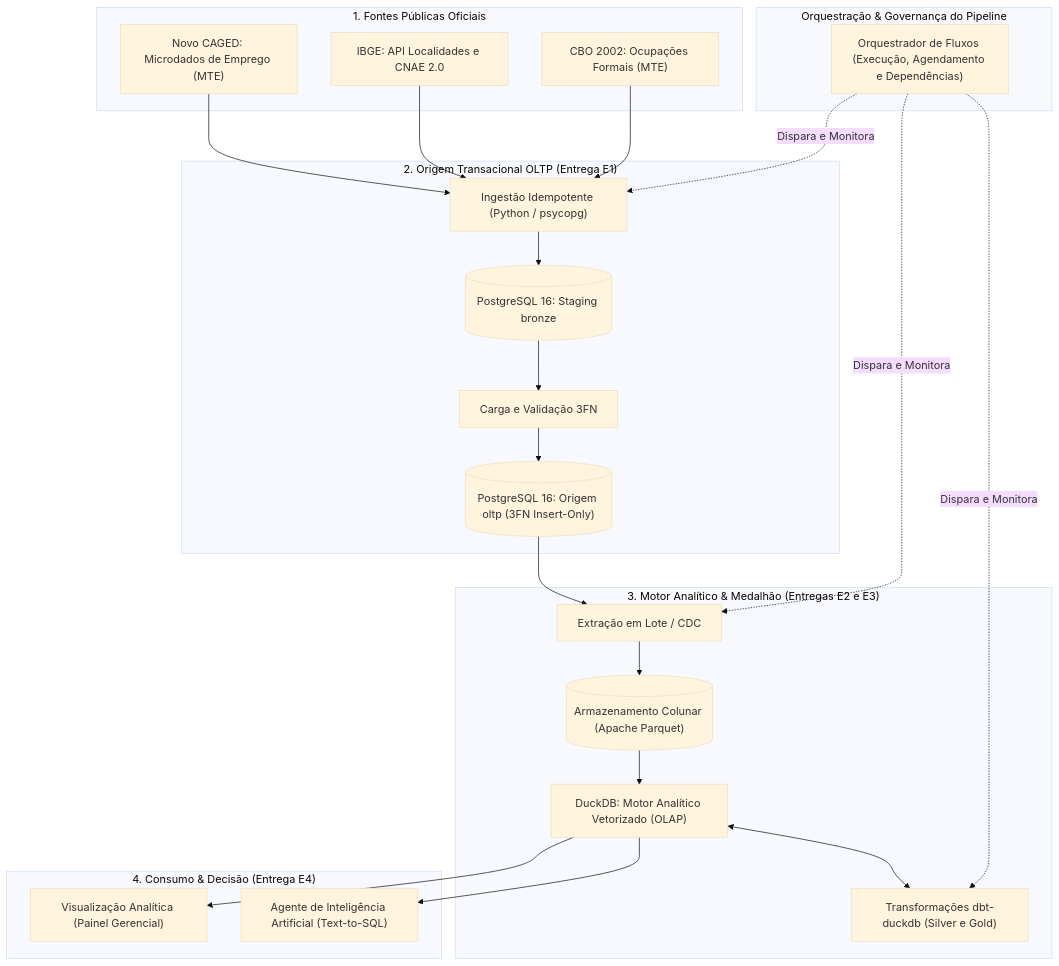
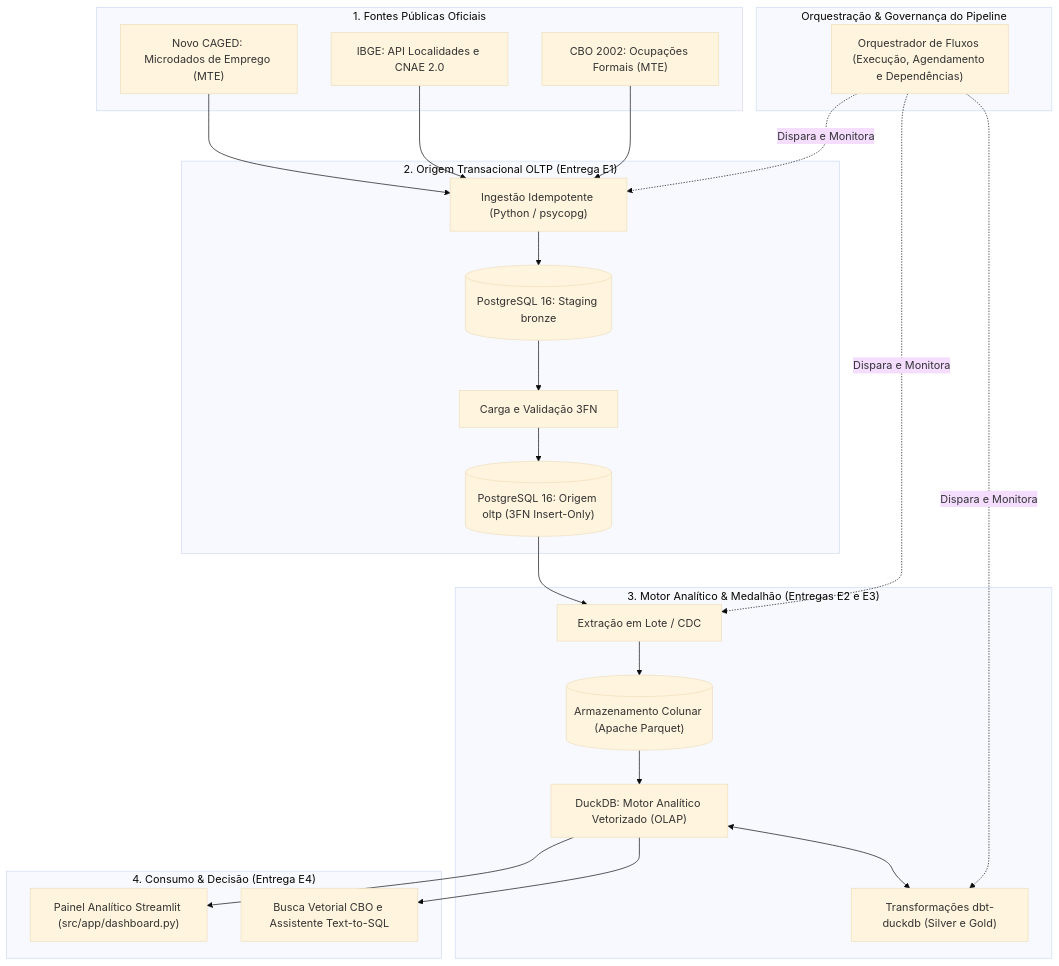
One commit to unb-bd2-2026-2-grupo-4/METRA changed the diagram in docs/arquitetura.md. Above: the diagram before and after it, drawn with Mermaid (base theme). The commit also changed other lines of this file and 3 other files, not shown here.

````diff
--- a/docs/arquitetura.md
+++ b/docs/arquitetura.md
@@ -11,40 +11,40 @@
 ```mermaid
 flowchart TD
     subgraph S0["1. Fontes Públicas Oficiais"]
         A1["Novo CAGED: Microdados de Emprego (MTE)"]
         A2["IBGE: API Localidades e CNAE 2.0"]
         A3["CBO 2002: Ocupações Formais (MTE)"]
     end
 
     subgraph S1["2. Origem Transacional OLTP (Entrega E1)"]
         B1["Ingestão Idempotente (Python / psycopg)"]
         B2[("PostgreSQL 16: Staging bronze")]
         B3["Carga e Validação 3FN"]
         B4[("PostgreSQL 16: Origem oltp (3FN Insert-Only)")]
     end
 
     subgraph S2["3. Motor Analítico & Medalhão (Entregas E2 e E3)"]
         C1["Extração em Lote / CDC"]
         C2[("Armazenamento Colunar (Apache Parquet)")]
         C3["DuckDB: Motor Analítico Vetorizado (OLAP)"]
         C4["Transformações dbt-duckdb (Silver e Gold)"]
     end
 
     subgraph S3["4. Consumo & Decisão (Entrega E4)"]
-        D1["Visualização Analítica (Painel Gerencial)"]
-        D2["Agente de Inteligência Artificial (Text-to-SQL)"]
+        D1["Painel Analítico Streamlit (src/app/dashboard.py)"]
+        D2["Busca Vetorial CBO e Assistente Text-to-SQL"]
     end
 
     subgraph S_ORQ["Orquestração & Governança do Pipeline"]
         O1["Orquestrador de Fluxos (Execução, Agendamento e Dependências)"]
     end
 
     A1 & A2 & A3 --> B1 --> B2 --> B3 --> B4
     B4 --> C1 --> C2 --> C3
     C3 <--> C4
     C3 --> D1 & D2
 
     O1 -. "Dispara e Monitora" .-> B1
     O1 -. "Dispara e Monitora" .-> C1
     O1 -. "Dispara e Monitora" .-> C4
 ```
````
